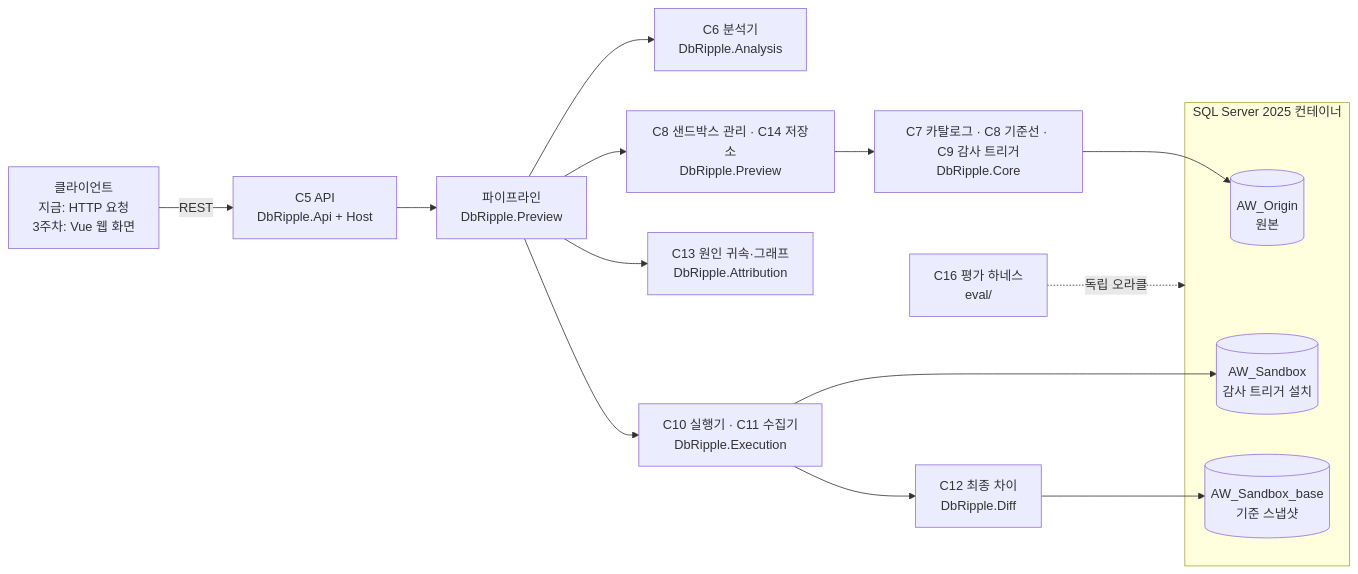
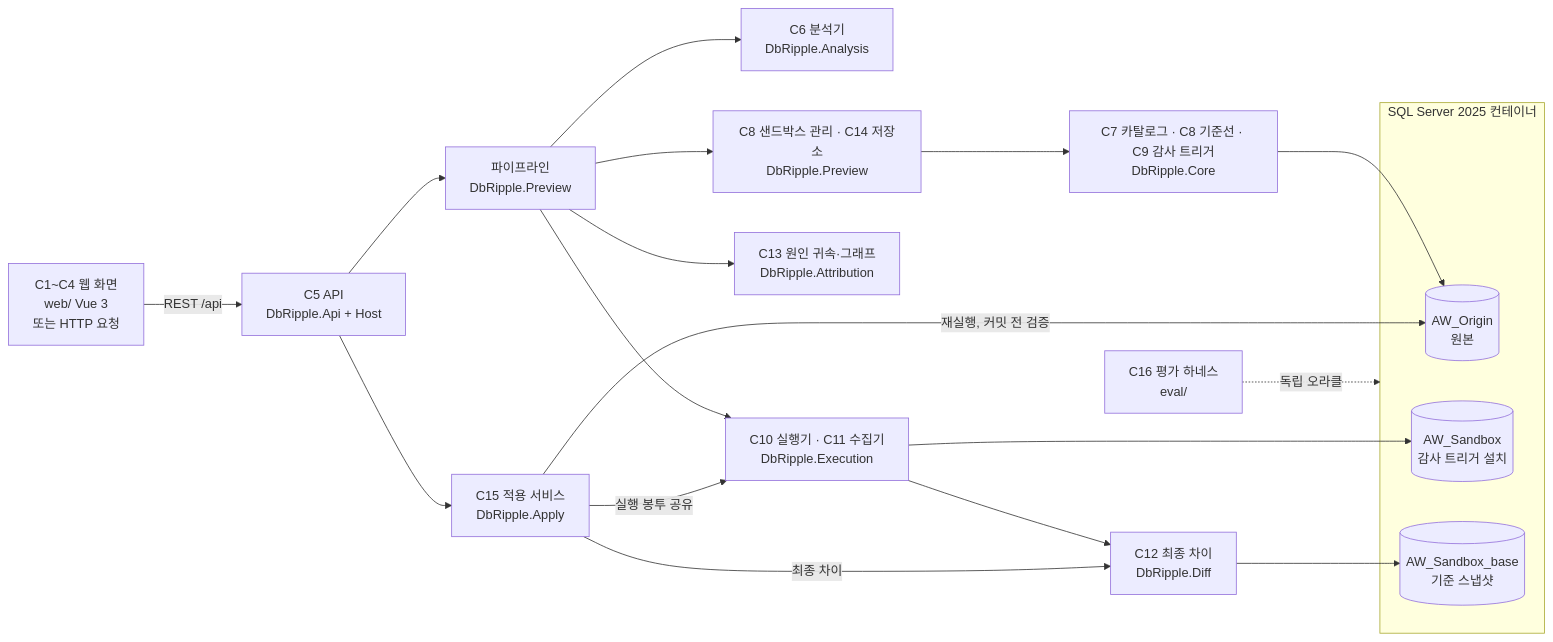
One commit to yoyowasi/db-ripple changed the diagram in README.md. Above: the diagram before and after it, drawn with Mermaid. The commit also changed other lines of this file and 36 other files, not shown here.

````diff
--- a/README.md
+++ b/README.md
@@ -43,20 +58,24 @@
 ```mermaid
 flowchart LR
-  U[클라이언트<br/>지금: HTTP 요청<br/>3주차: Vue 웹 화면] -->|REST| API[C5 API<br/>DbRipple.Api + Host]
+  U[C1~C4 웹 화면<br/>web/ Vue 3<br/>또는 HTTP 요청] -->|REST /api| API[C5 API<br/>DbRipple.Api + Host]
   API --> P[파이프라인<br/>DbRipple.Preview]
+  API --> AP[C15 적용 서비스<br/>DbRipple.Apply]
   P --> A[C6 분석기<br/>DbRipple.Analysis]
   P --> E[C10 실행기 · C11 수집기<br/>DbRipple.Execution]
   E --> D[C12 최종 차이<br/>DbRipple.Diff]
   P --> R[C13 원인 귀속·그래프<br/>DbRipple.Attribution]
   P --> S[C8 샌드박스 관리 · C14 저장소<br/>DbRipple.Preview]
   S --> CORE[C7 카탈로그 · C8 기준선 · C9 감사 트리거<br/>DbRipple.Core]
   subgraph SQL[SQL Server 2025 컨테이너]
     O[(AW_Origin<br/>원본)]
     SB[(AW_Sandbox<br/>감사 트리거 설치)]
     SN[(AW_Sandbox_base<br/>기준 스냅샷)]
   end
   E --> SB
   D --> SN
   CORE --> O
+  AP -->|실행 봉투 공유| E
+  AP -->|최종 차이| D
+  AP -->|재실행, 커밋 전 검증| O
   EV[C16 평가 하네스<br/>eval/] -. 독립 오라클 .-> SQL
 ```
````
